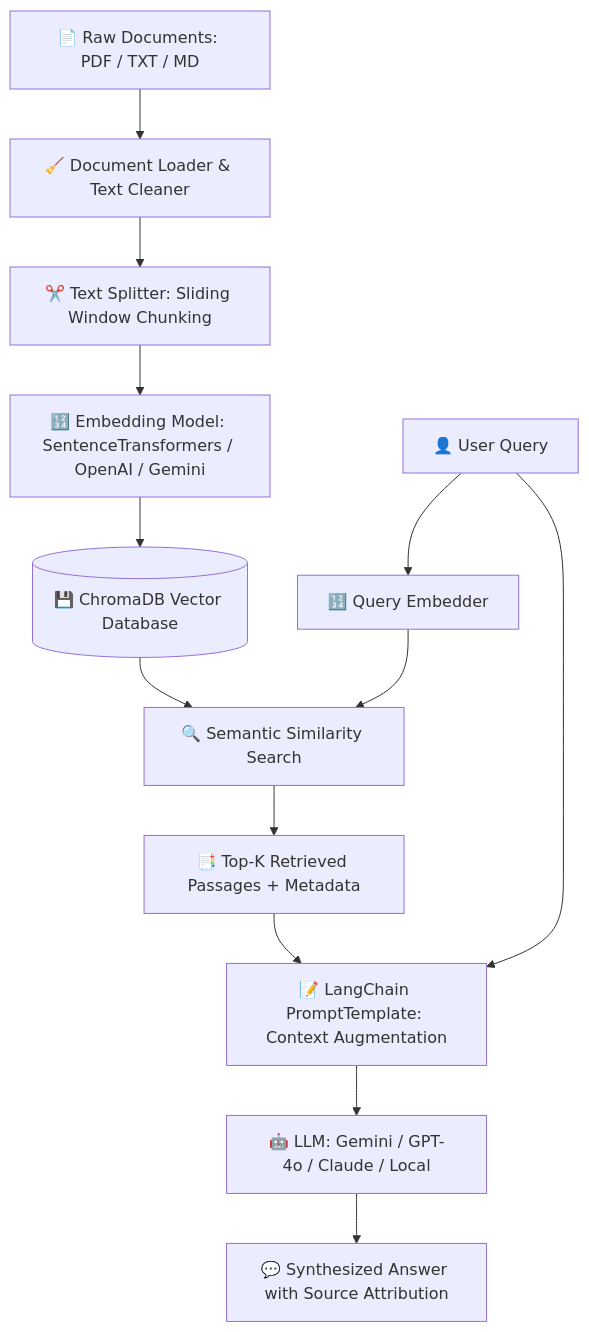
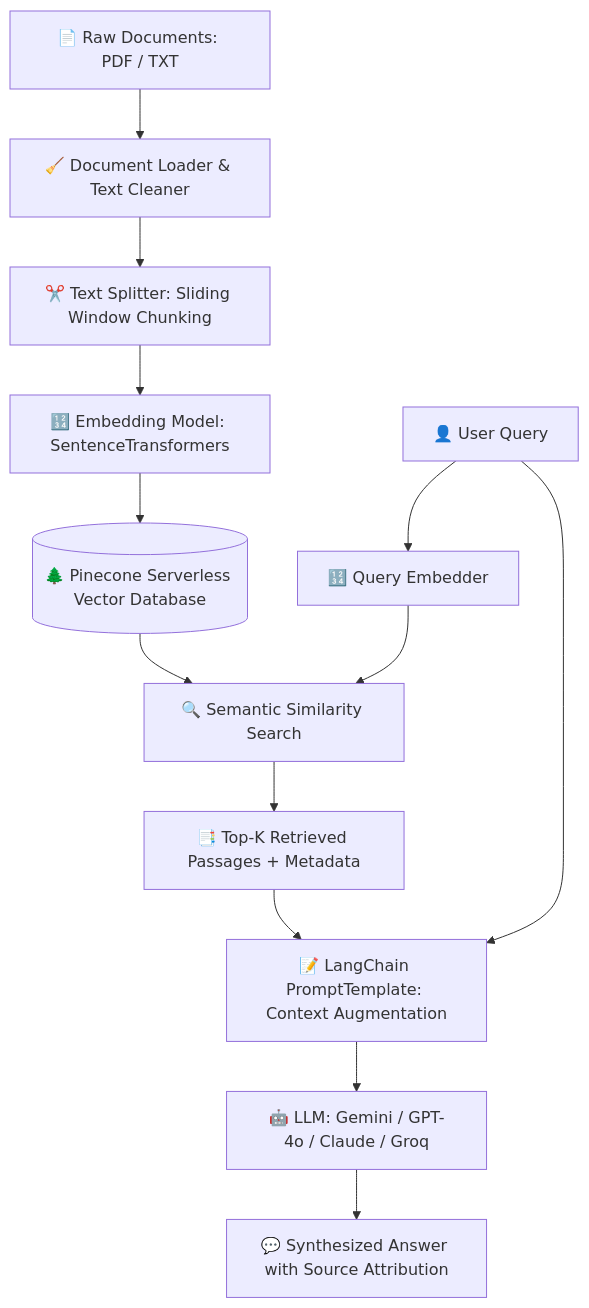
The diagram in README.md (subinthomas2004/rag-chatbot-using-langchain), drawn with Mermaid before and after one commit. The commit also changed other lines of this file and 5 other files, not shown here.

First line of the commit message:
feat: migrate vector store from ChromaDB to Pinecone Serverless

````diff
--- a/README.md
+++ b/README.md
@@ -9,17 +9,17 @@
 ```mermaid
 flowchart TD
-    A[📄 Raw Documents: PDF / TXT / MD] --> B[🧹 Document Loader & Text Cleaner]
+    A[📄 Raw Documents: PDF / TXT] --> B[🧹 Document Loader & Text Cleaner]
     B --> C[✂️ Text Splitter: Sliding Window Chunking]
-    C --> D[🔢 Embedding Model: SentenceTransformers / OpenAI / Gemini]
-    D --> E[(💾 ChromaDB Vector Database)]
-    
+    C --> D[🔢 Embedding Model: SentenceTransformers]
+    D --> E[(🌲 Pinecone Serverless Vector Database)]
+
     F[👤 User Query] --> G[🔢 Query Embedder]
     G --> H[🔍 Semantic Similarity Search]
     E --> H
     H --> I[📑 Top-K Retrieved Passages + Metadata]
-    
+
     I --> J[📝 LangChain PromptTemplate: Context Augmentation]
     F --> J
-    J --> K[🤖 LLM: Gemini / GPT-4o / Claude / Local]
+    J --> K[🤖 LLM: Gemini / GPT-4o / Claude / Groq]
     K --> L[💬 Synthesized Answer with Source Attribution]
 ```
````
